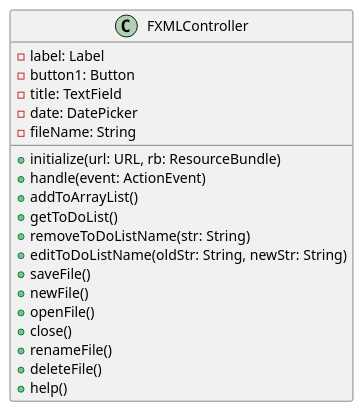
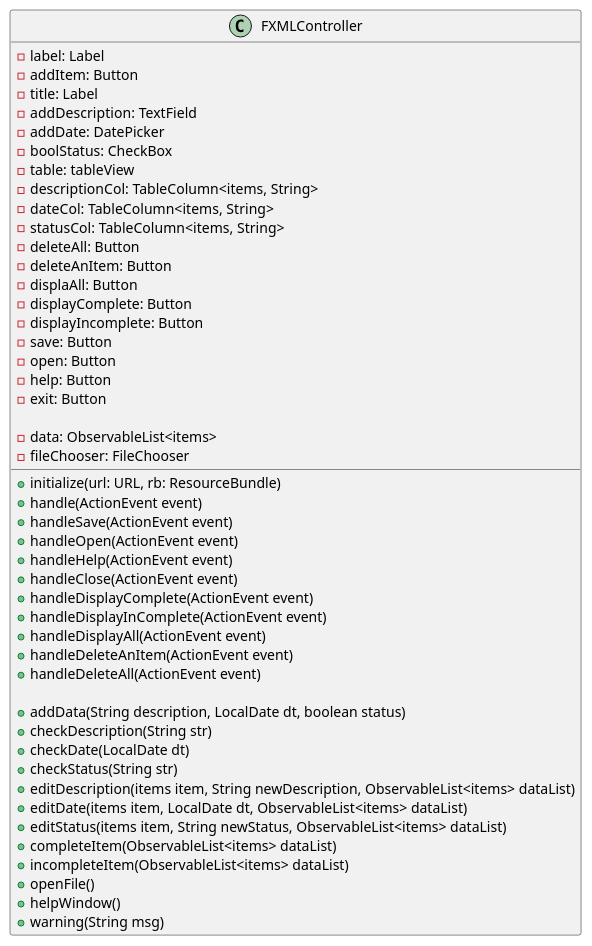
The diagram in uml/FXMLController.puml (EPro30/singh-cop3330-assingment4part2), drawn with PlantUML before and after one commit. The commit also changed 9 other files, not shown here.

```diff
--- a/uml/FXMLController.puml
+++ b/uml/FXMLController.puml
@@ -5,24 +5,54 @@
 @startuml
 class FXMLController
 {
     - label: Label
-    - button1: Button
-    - title: TextField
-    - date: DatePicker
-    - fileName: String
+    - addItem: Button
+    - title: Label
+    - addDescription: TextField
+    - addDate: DatePicker
+    - boolStatus: CheckBox
+    - table: tableView
+    - descriptionCol: TableColumn<items, String>
+    - dateCol: TableColumn<items, String>
+    - statusCol: TableColumn<items, String>
+    - deleteAll: Button
+    - deleteAnItem: Button
+    - displaAll: Button
+    - displayComplete: Button
+    - displayIncomplete: Button
+    - save: Button
+    - open: Button
+    - help: Button
+    - exit: Button
 
-    + initialize(url: URL, rb: ResourceBundle)
-    + handle(event: ActionEvent)
-    + addToArrayList()
-    + getToDoList()
-    + removeToDoListName(str: String)
-    + editToDoListName(oldStr: String, newStr: String)
-    + saveFile()
-    + newFile()
-    + openFile()
-    + close()
-    + renameFile()
-    + deleteFile()
-    + help()
+    -data: ObservableList<items>
+    -fileChooser: FileChooser
+
+
+    +initialize(url: URL, rb: ResourceBundle)
+    +handle(ActionEvent event)
+    +handleSave(ActionEvent event)
+    +handleOpen(ActionEvent event)
+    +handleHelp(ActionEvent event)
+    +handleClose(ActionEvent event)
+    +handleDisplayComplete(ActionEvent event)
+    +handleDisplayInComplete(ActionEvent event)
+    +handleDisplayAll(ActionEvent event)
+    +handleDeleteAnItem(ActionEvent event)
+    +handleDeleteAll(ActionEvent event)
+
+    +addData(String description, LocalDate dt, boolean status)
+    +checkDescription(String str)
+    +checkDate(LocalDate dt)
+    +checkStatus(String str)
+    +editDescription(items item, String newDescription, ObservableList<items> dataList)
+    +editDate(items item, LocalDate dt, ObservableList<items> dataList)
+    +editStatus(items item, String newStatus, ObservableList<items> dataList)
+    +completeItem(ObservableList<items> dataList)
+    +incompleteItem(ObservableList<items> dataList)
+    +openFile()
+    +helpWindow()
+    +warning(String msg)
+
 }
 @enduml
```
